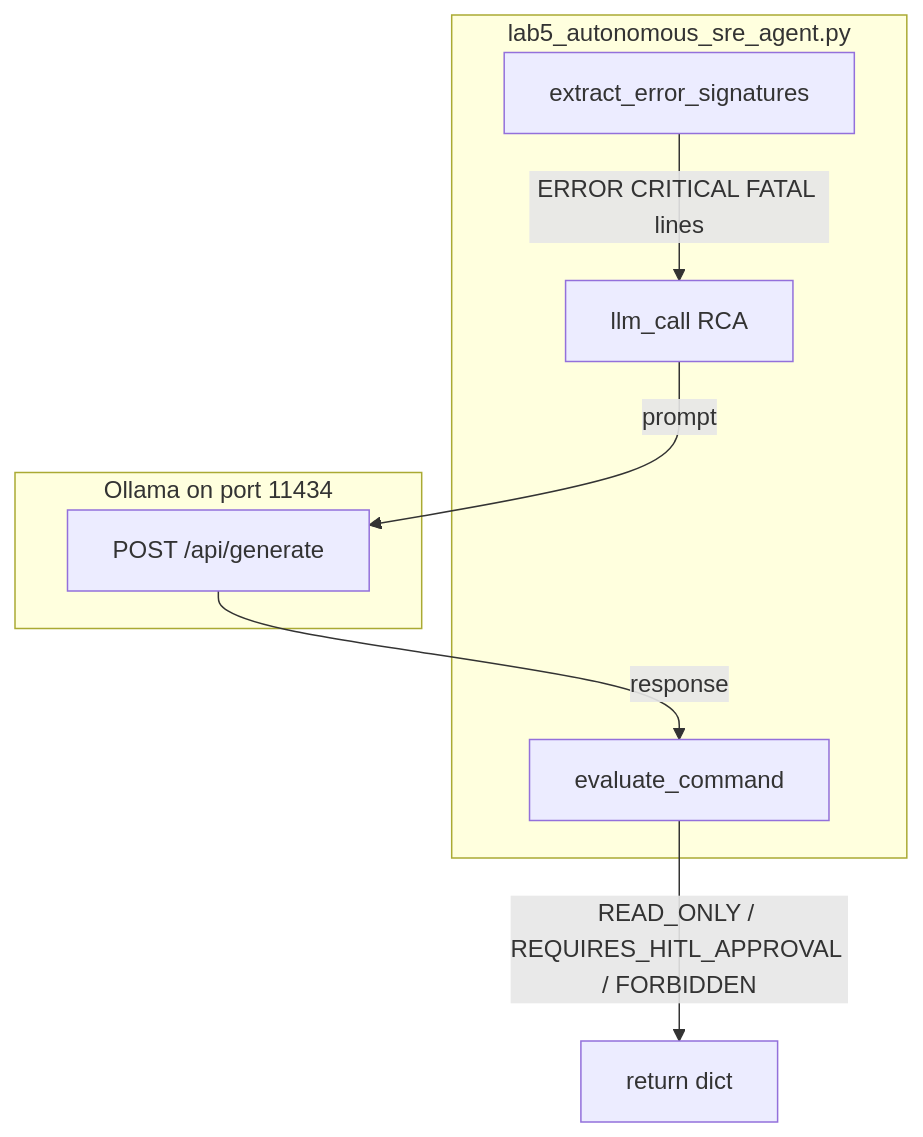
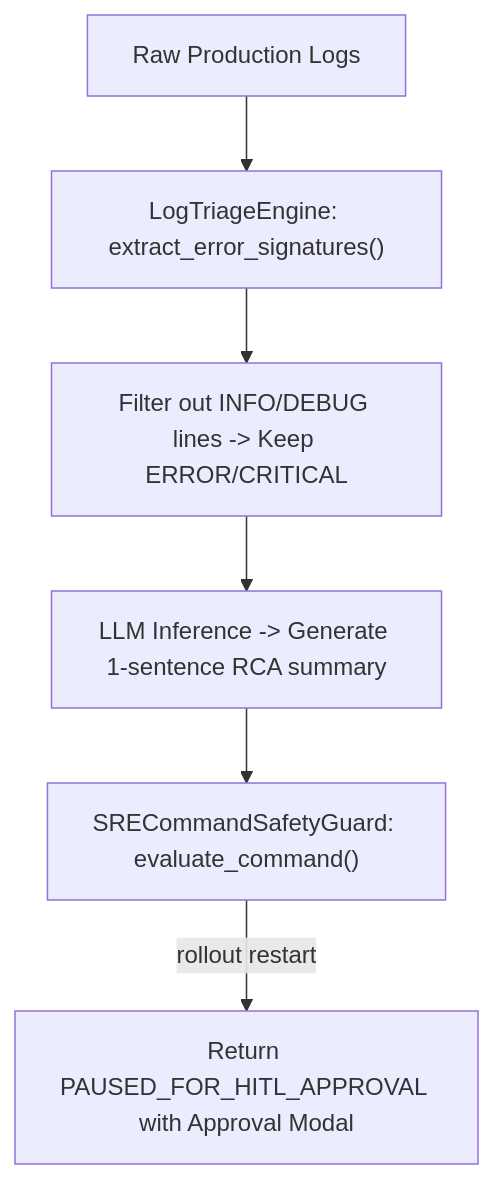
One commit to jacobbweber/AgenticAI-Labs changed the diagram in education/20_synthesis/lab5_autonomous_sre_agent.md. Above: the diagram before and after it, drawn with Mermaid. The commit also changed other lines of this file and 123 other files, not shown here.

````diff
--- a/education/20_synthesis/lab5_autonomous_sre_agent.md
+++ b/education/20_synthesis/lab5_autonomous_sre_agent.md
@@ -14,15 +22,8 @@
 ```mermaid
 flowchart TD
-    subgraph sre_lab [lab5_autonomous_sre_agent.py]
-        TRI["extract_error_signatures"]
-        RCA["llm_call RCA"]
-        GATE["evaluate_command"]
-    end
-    subgraph sre_host [Ollama on port 11434]
-        API["POST /api/generate"]
-    end
-    TRI -->|"ERROR CRITICAL FATAL lines"| RCA
-    RCA -->|"prompt"| API
-    API -->|"response"| GATE
-    GATE -->|"READ_ONLY / REQUIRES_HITL_APPROVAL / FORBIDDEN"| OUT["return dict"]
+    A["Raw Production Logs"] --> B["LogTriageEngine: extract_error_signatures()"]
+    B --> C["Filter out INFO/DEBUG lines -> Keep ERROR/CRITICAL"]
+    C --> D["LLM Inference -> Generate 1-sentence RCA summary"]
+    D --> E["SRECommandSafetyGuard: evaluate_command()"]
+    E -->|"rollout restart"| F["Return PAUSED_FOR_HITL_APPROVAL with Approval Modal"]
 ```
````
